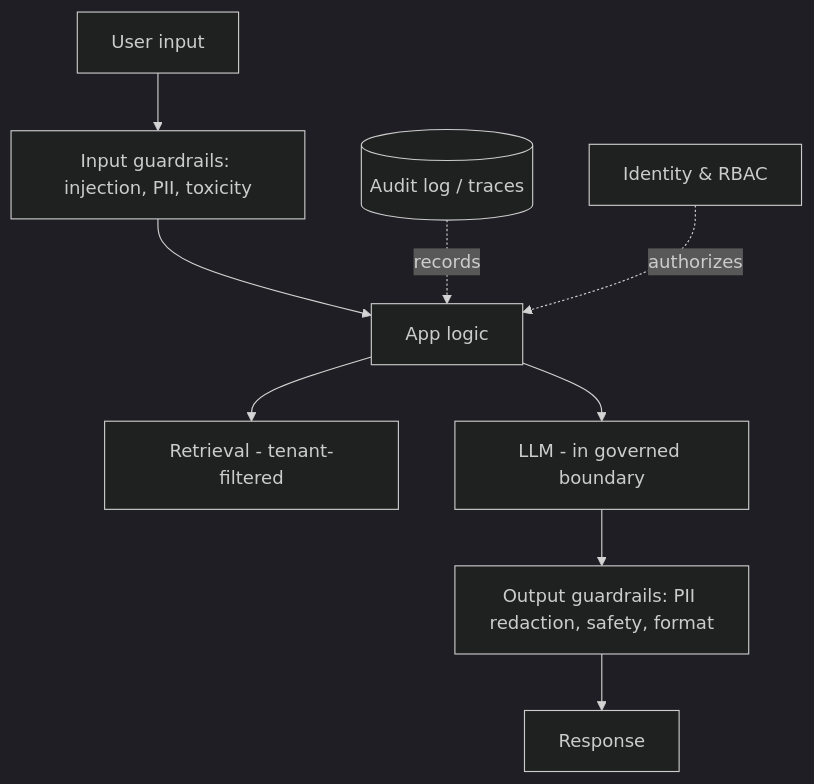
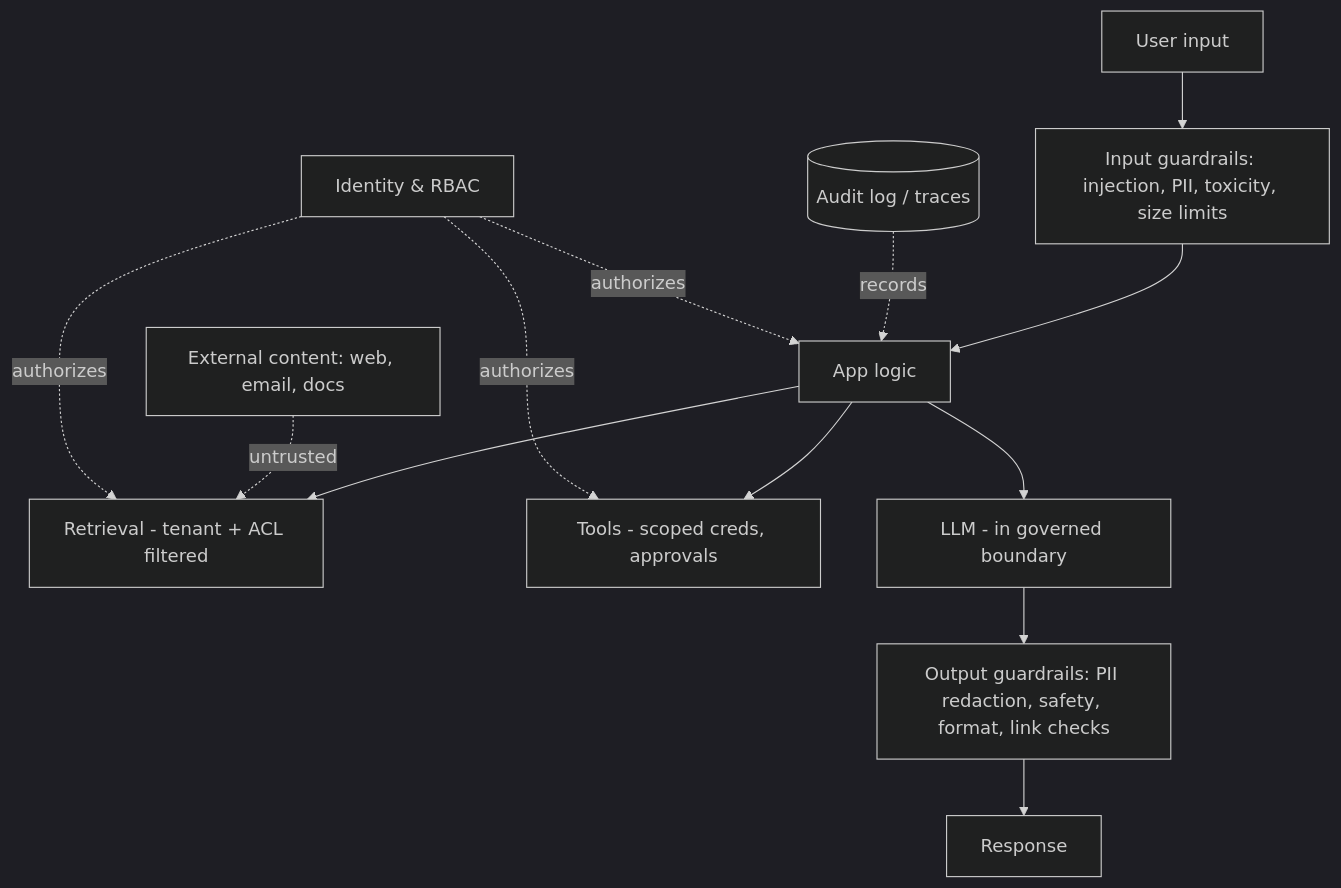
The diagram in content/Documentation/security-governance/index.md (klnjoy/offerready), drawn with Mermaid (dark theme) before and after one commit. The commit also changed other lines of this file and 116 other files, not shown here.

````diff
--- a/content/Documentation/security-governance/index.md
+++ b/content/Documentation/security-governance/index.md
@@ -13,11 +22,15 @@
 ```mermaid
 flowchart TB
-    IN[User input] --> G1[Input guardrails: injection, PII, toxicity]
+    IN[User input] --> G1[Input guardrails: injection, PII, toxicity, size limits]
     G1 --> APP[App logic]
-    APP --> RET[Retrieval - tenant-filtered]
+    APP --> RET[Retrieval - tenant + ACL filtered]
+    APP --> TOOLS[Tools - scoped creds, approvals]
     APP --> LLM[LLM - in governed boundary]
-    LLM --> G2[Output guardrails: PII redaction, safety, format]
+    EXT[External content: web, email, docs] -. untrusted .-> RET
+    LLM --> G2[Output guardrails: PII redaction, safety, format, link checks]
     G2 --> OUT[Response]
     AUDIT[(Audit log / traces)] -.records.-> APP
     IAM[Identity & RBAC] -.authorizes.-> APP
+    IAM -.authorizes.-> TOOLS
+    IAM -.authorizes.-> RET
 ```
````
